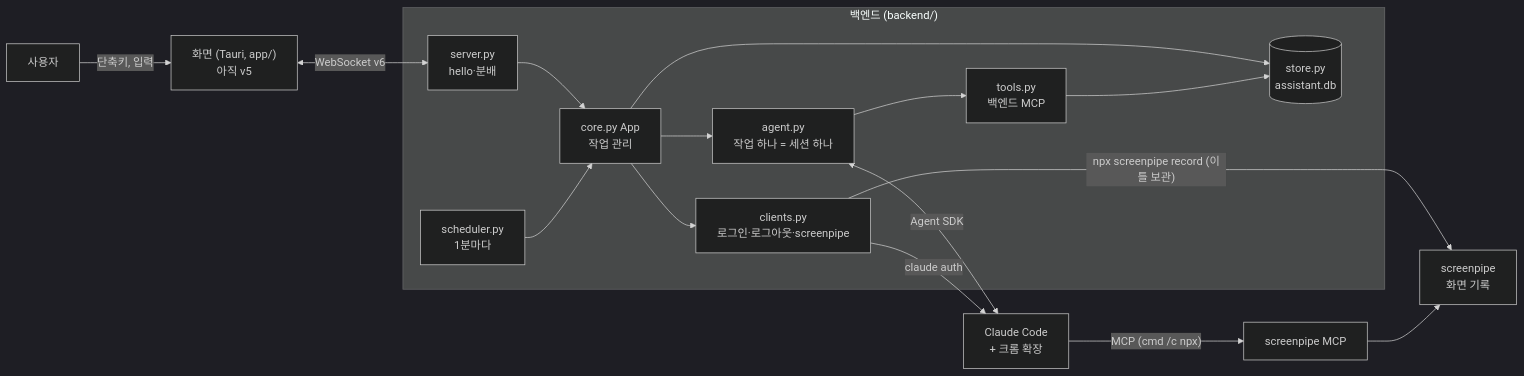
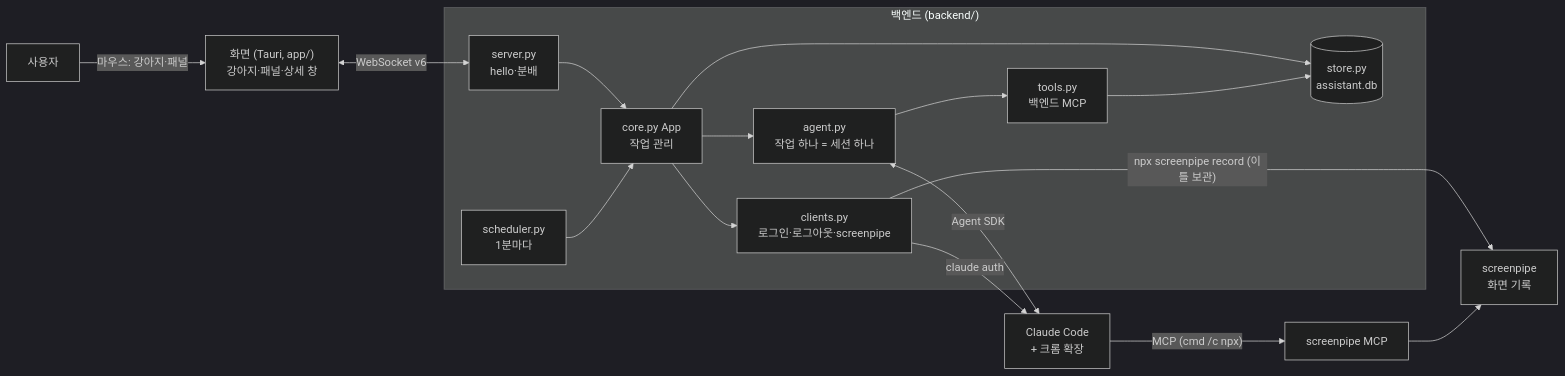
One commit to HEOSEONGILml/AssistantChatBot changed the second of 4 diagrams in ARCHITECTURE.md. Above: the diagram before and after it, drawn with Mermaid (dark theme). The commit also changed other lines of this file and 8 other files, not shown here.

````diff
--- a/ARCHITECTURE.md
+++ b/ARCHITECTURE.md
@@ -9,19 +30,19 @@
 ```mermaid
 flowchart LR
-  U["사용자"] -->|"단축키, 입력"| APP["화면 (Tauri, app/)<br>아직 v5"]
+  U["사용자"] -->|"마우스: 강아지·패널"| APP["화면 (Tauri, app/)<br>강아지·패널·상세 창"]
   APP <-->|"WebSocket v6"| SRV["server.py<br>hello·분배"]
   subgraph B["백엔드 (backend/)"]
     SRV --> CORE["core.py App<br>작업 관리"]
     SCH["scheduler.py<br>1분마다"] --> CORE
     CORE --> ST[("store.py<br>assistant.db")]
     CORE --> AG["agent.py<br>작업 하나 = 세션 하나"]
     AG --> TL["tools.py<br>백엔드 MCP"]
     TL --> ST
     CORE --> CL["clients.py<br>로그인·로그아웃·screenpipe"]
   end
   AG <-->|"Agent SDK"| CC["Claude Code<br>+ 크롬 확장"]
   CC -->|"MCP (cmd /c npx)"| SPM["screenpipe MCP"]
   CL -->|"claude auth"| CC
   CL -->|"npx screenpipe record (이틀 보관)"| SP["screenpipe<br>화면 기록"]
   SPM --> SP
 ```
````
